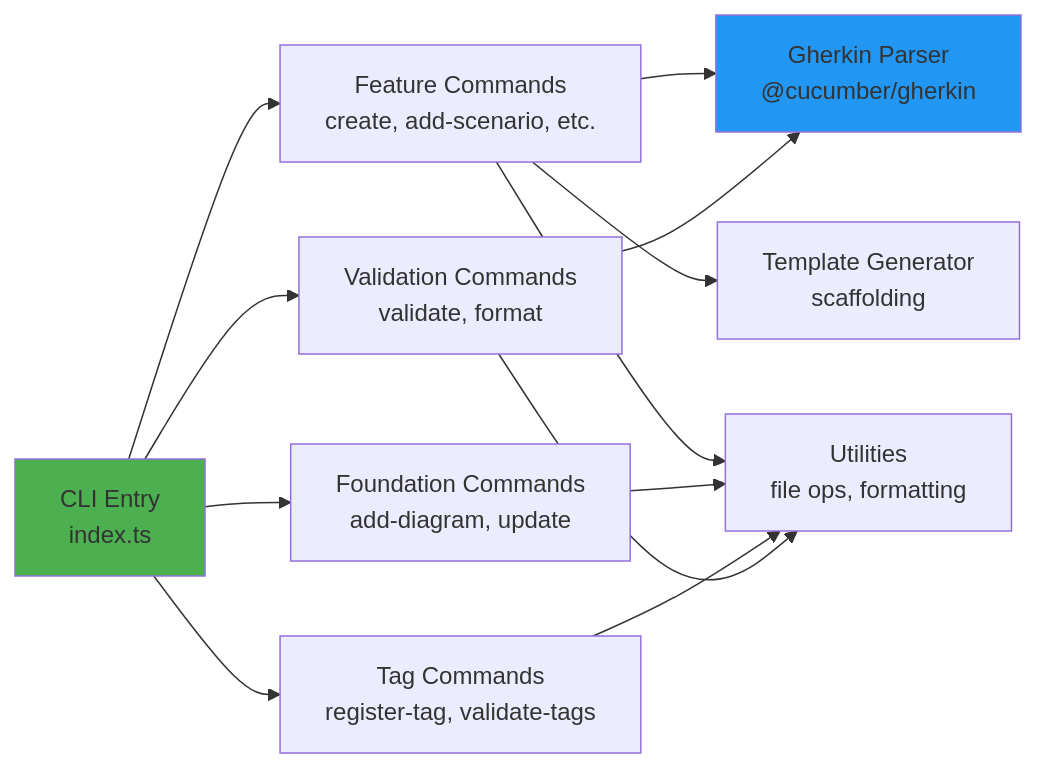
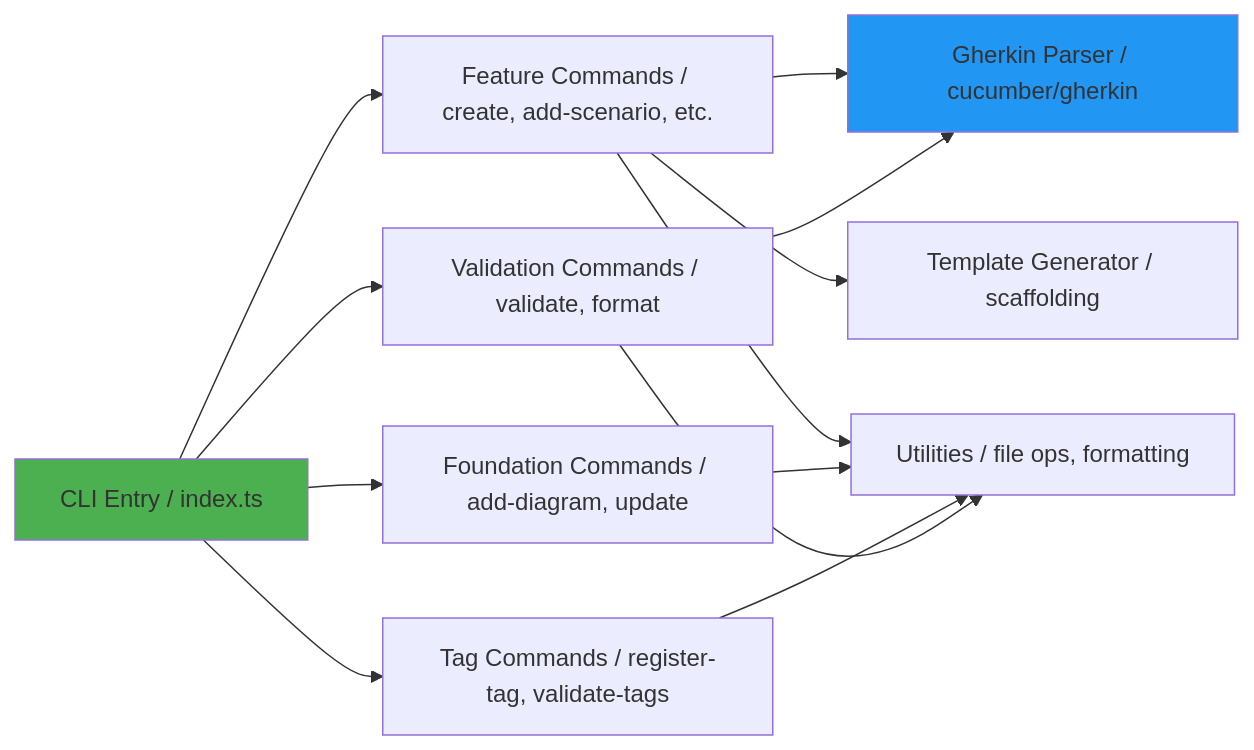
One commit to sengac/fspec changed the second of 3 diagrams in spec/FOUNDATION.md. Above: the diagram before and after it, drawn with Mermaid. The commit also changed other lines of this file and 7 other files, not shown here.

Commit message:
feat: add mermaid validation

````diff
--- a/spec/FOUNDATION.md
+++ b/spec/FOUNDATION.md
@@ -174,29 +174,29 @@
 ```mermaid
 graph LR
-    CLI[CLI Entry<br/>index.ts]
-    CMD_FEAT[Feature Commands<br/>create, add-scenario, etc.]
-    CMD_FOUND[Foundation Commands<br/>add-diagram, update]
-    CMD_TAGS[Tag Commands<br/>register-tag, validate-tags]
-    CMD_VAL[Validation Commands<br/>validate, format]
+    CLI[CLI Entry / index.ts]
+    CMD_FEAT[Feature Commands / create, add-scenario, etc.]
+    CMD_FOUND[Foundation Commands / add-diagram, update]
+    CMD_TAGS[Tag Commands / register-tag, validate-tags]
+    CMD_VAL[Validation Commands / validate, format]
 
-    PARSER[Gherkin Parser<br/>@cucumber/gherkin]
-    GEN[Template Generator<br/>scaffolding]
-    UTIL[Utilities<br/>file ops, formatting]
+    PARSER[Gherkin Parser / cucumber/gherkin]
+    GEN[Template Generator / scaffolding]
+    UTIL[Utilities / file ops, formatting]
 
     CLI --> CMD_FEAT
     CLI --> CMD_FOUND
     CLI --> CMD_TAGS
     CLI --> CMD_VAL
 
     CMD_FEAT --> PARSER
     CMD_FEAT --> GEN
     CMD_VAL --> PARSER
 
     CMD_FEAT --> UTIL
     CMD_FOUND --> UTIL
     CMD_TAGS --> UTIL
     CMD_VAL --> UTIL
 
     style CLI fill:#4CAF50
     style PARSER fill:#2196F3
 ```
````
